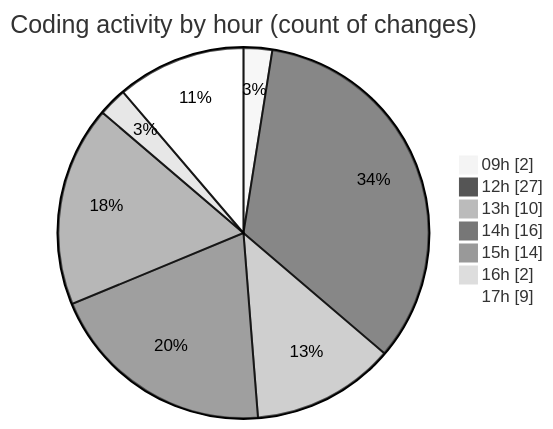
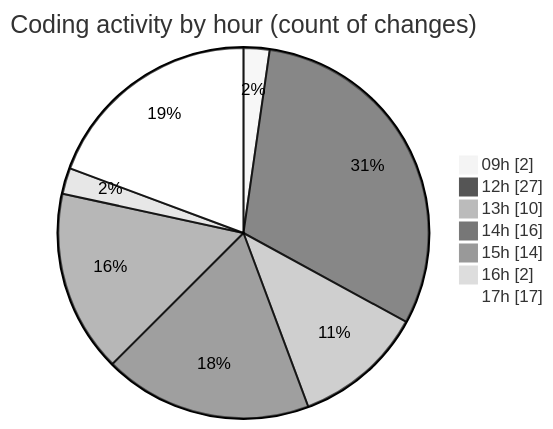
The second of 2 diagrams in 2025-11-06/cda/README.md (momahboobian/code-tracking), drawn with Mermaid (neutral theme) before and after one commit. The commit also changed other lines of this file and 1 other file, not shown here.

````diff
--- a/2025-11-06/cda/README.md
+++ b/2025-11-06/cda/README.md
@@ -64,11 +66,11 @@
 ```mermaid
 pie showData
 title Coding activity by hour (count of changes)
 "09h" : 2
 "12h" : 27
 "13h" : 10
 "14h" : 16
 "15h" : 14
 "16h" : 2
-"17h" : 9
+"17h" : 17
 ```
````
